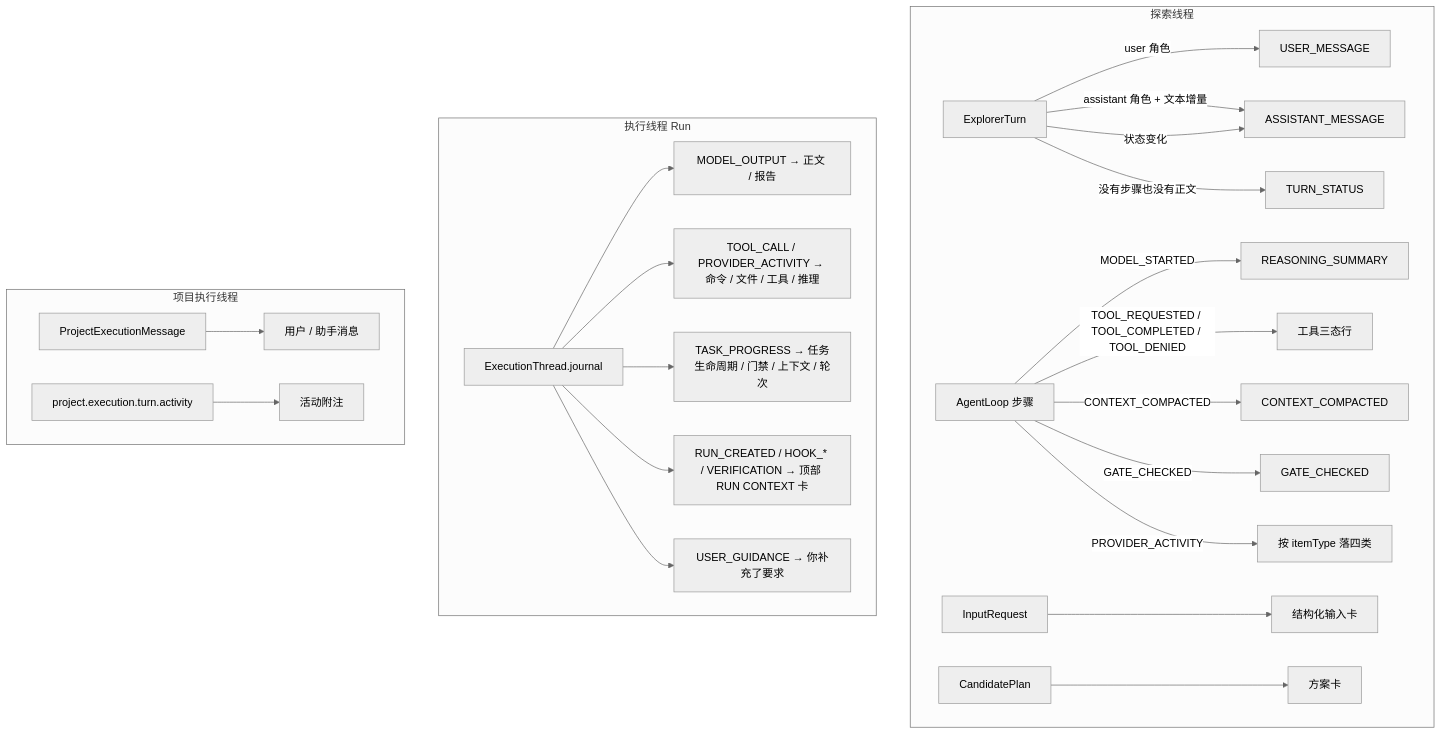
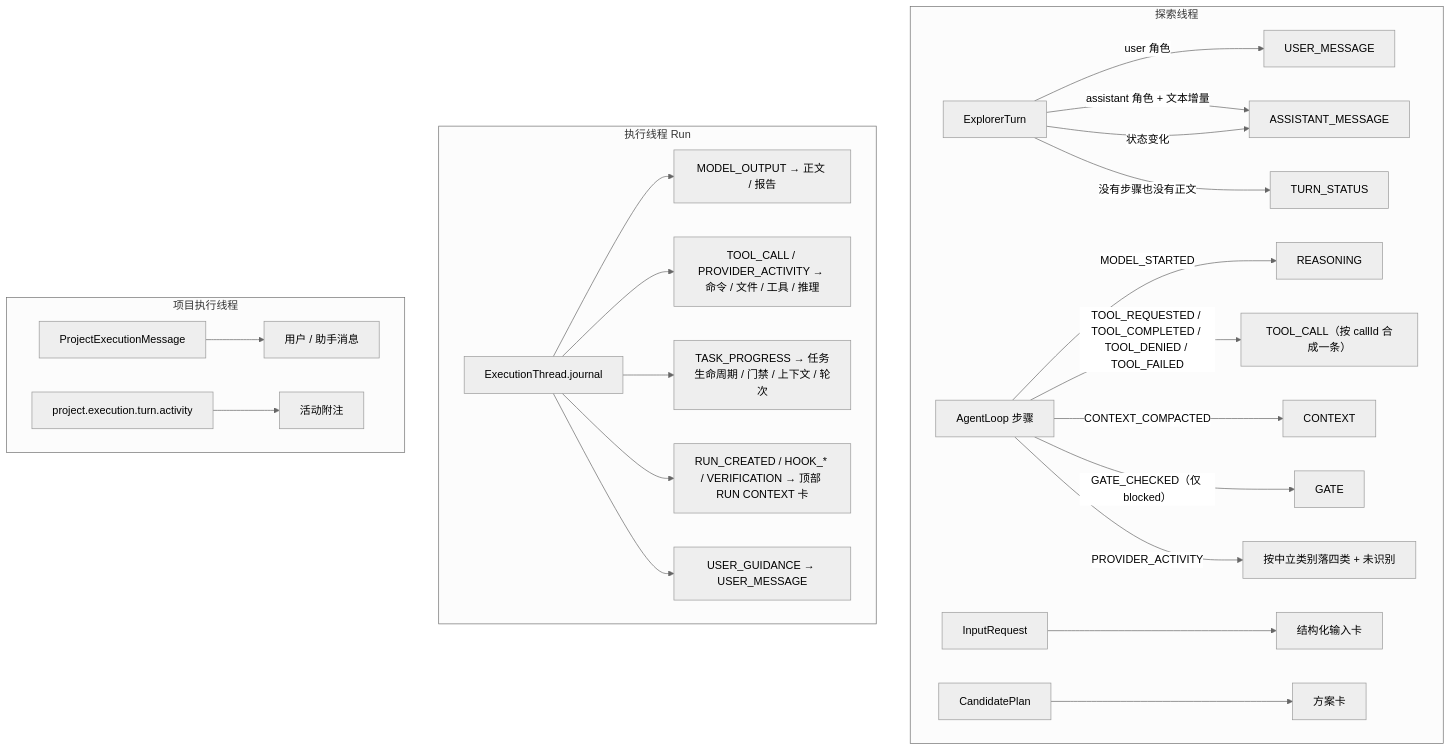
Before and after one commit to DigitalMarsh/pipeline-factory: the ninth of 10 diagrams in docs/消息类型及事件状态机流程图.md, drawn with Mermaid (neutral theme). The commit also changed other lines of this file and 1 other file, not shown here.

First line of the commit message:
docs: 《消息类型及事件状态机流程图》按改后的代码逐节核一遍，新增 §4.4 共用词表

````diff
--- a/docs/消息类型及事件状态机流程图.md
+++ b/docs/消息类型及事件状态机流程图.md
@@ -492,27 +543,27 @@
 ```mermaid
 flowchart TD
   subgraph 探索线程
     T["ExplorerTurn"] -->|"user 角色"| UM["USER_MESSAGE"]
     T -->|"assistant 角色 + 文本增量"| AM["ASSISTANT_MESSAGE"]
     T -->|"状态变化"| AM
     T -->|"没有步骤也没有正文"| TS["TURN_STATUS"]
-    L["AgentLoop 步骤"] -->|"MODEL_STARTED"| RS["REASONING_SUMMARY"]
-    L -->|"TOOL_REQUESTED / TOOL_COMPLETED / TOOL_DENIED"| TOOL["工具三态行"]
-    L -->|"CONTEXT_COMPACTED"| CD["CONTEXT_COMPACTED"]
-    L -->|"GATE_CHECKED"| GT["GATE_CHECKED"]
-    L -->|"PROVIDER_ACTIVITY"| PA["按 itemType 落四类"]
+    L["AgentLoop 步骤"] -->|"MODEL_STARTED"| RS["REASONING"]
+    L -->|"TOOL_REQUESTED / TOOL_COMPLETED / TOOL_DENIED / TOOL_FAILED"| TOOL["TOOL_CALL（按 callId 合成一条）"]
+    L -->|"CONTEXT_COMPACTED"| CD["CONTEXT"]
+    L -->|"GATE_CHECKED（仅 blocked）"| GT["GATE"]
+    L -->|"PROVIDER_ACTIVITY"| PA["按中立类别落四类 + 未识别"]
     IR["InputRequest"] --> IC["结构化输入卡"]
     P["CandidatePlan"] --> PC["方案卡"]
   end
   subgraph 执行线程 Run
     J["ExecutionThread.journal"] --> MOD["MODEL_OUTPUT → 正文 / 报告"]
     J --> TC["TOOL_CALL / PROVIDER_ACTIVITY → 命令 / 文件 / 工具 / 推理"]
     J --> TP["TASK_PROGRESS → 任务生命周期 / 门禁 / 上下文 / 轮次"]
     J --> RA["RUN_CREATED / HOOK_* / VERIFICATION → 顶部 RUN CONTEXT 卡"]
-    J --> UG["USER_GUIDANCE → 你补充了要求"]
+    J --> UG["USER_GUIDANCE → USER_MESSAGE"]
   end
   subgraph 项目执行线程
     PE["ProjectExecutionMessage"] --> PM["用户 / 助手消息"]
     EV["project.execution.turn.activity"] --> PAL["活动附注"]
   end
 ```
````
